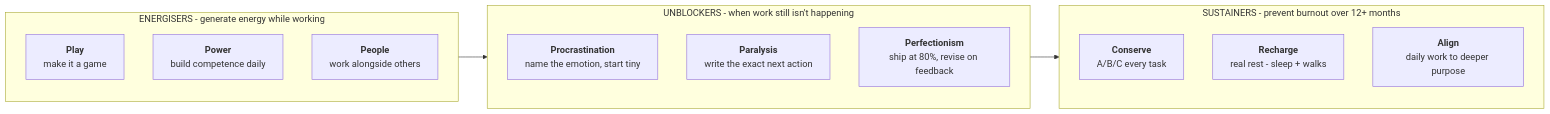
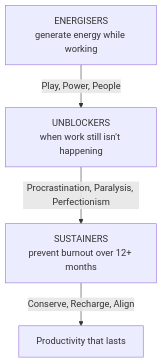
The diagram in docs/first-60-days/week-4/day-23.md (leotansingapore/aia-product-compass-hub), drawn with Mermaid before and after one commit. The commit also changed other lines of this file and 56 other files, not shown here.

Commit message:
Readability pass across first-60-days: styled HTML to tables/diagrams, cleaner formatting, no leaked metadata

````diff
--- a/docs/first-60-days/week-4/day-23.md
+++ b/docs/first-60-days/week-4/day-23.md
@@ -164,22 +164,6 @@
 ```mermaid
-flowchart LR
-    subgraph ENERGISERS[" ENERGISERS - generate energy while working"]
-        direction TB
-        PL["<b>Play</b><br/>make it a game"]
-        PW["<b>Power</b><br/>build competence daily"]
-        PE["<b>People</b><br/>work alongside others"]
-    end
-    subgraph UNBLOCKERS[" UNBLOCKERS - when work still isn't happening"]
-        direction TB
-        PR["<b>Procrastination</b><br/>name the emotion, start tiny"]
-        PA["<b>Paralysis</b><br/>write the exact next action"]
-        PF["<b>Perfectionism</b><br/>ship at 80%, revise on feedback"]
-    end
-    subgraph SUSTAINERS[" SUSTAINERS - prevent burnout over 12+ months"]
-        direction TB
-        CO["<b>Conserve</b><br/>A/B/C every task"]
-        RE["<b>Recharge</b><br/>real rest - sleep + walks"]
-        AL["<b>Align</b><br/>daily work to deeper purpose"]
-    end
-    ENERGISERS --> UNBLOCKERS --> SUSTAINERS
+flowchart TD
+    EN["ENERGISERS<br/>generate energy while working"] -->|"Play, Power, People"| UN["UNBLOCKERS<br/>when work still isn't happening"]
+    UN -->|"Procrastination, Paralysis, Perfectionism"| SU["SUSTAINERS<br/>prevent burnout over 12+ months"]
+    SU -->|"Conserve, Recharge, Align"| OUT["Productivity that lasts"]
 ```
````
